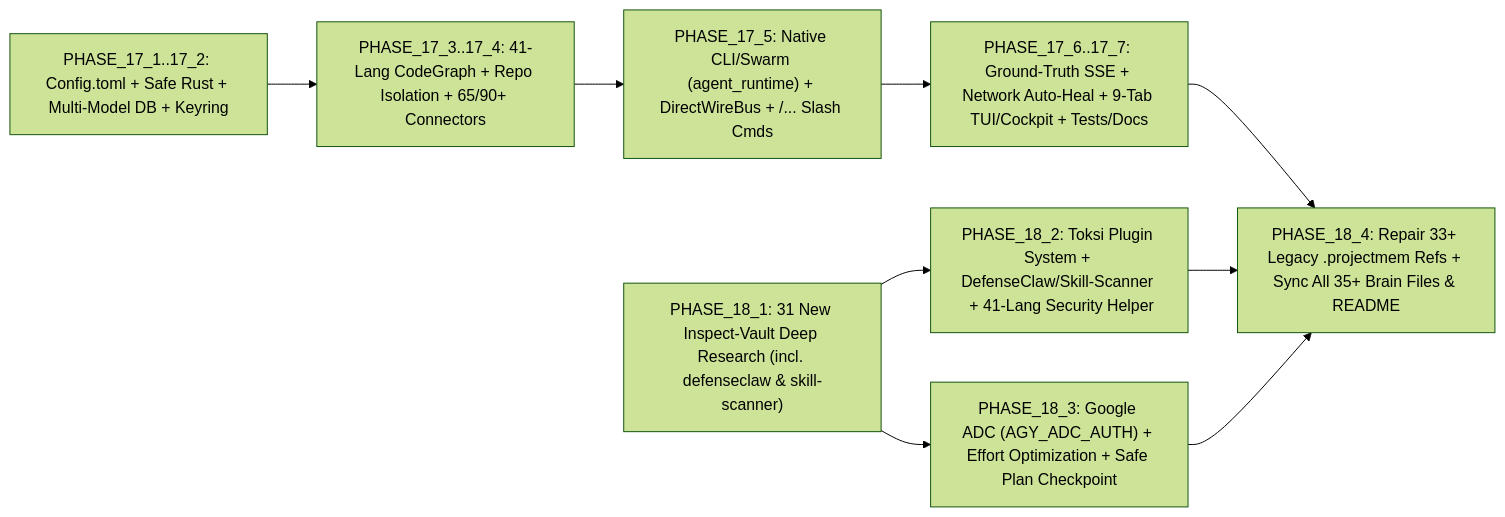
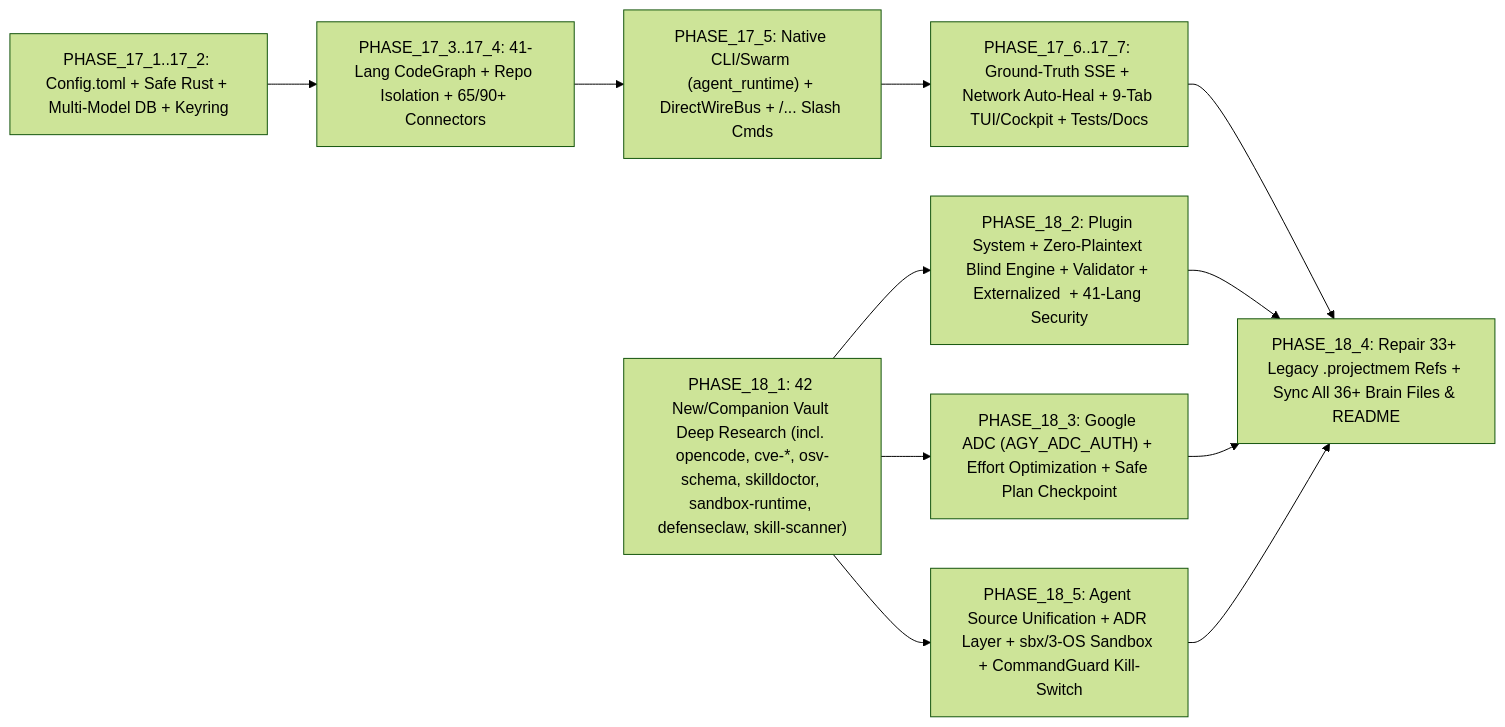
The third of 3 diagrams in crates/toksi/research/RESEARCHPLAN.md (Navegos/neo), drawn with Mermaid (forest theme) before and after one commit. The commit also changed other lines of this file and 38 other files, not shown here.

First line of the commit message:
feat: Implement Open Security Standards with Zero-Plaintext Blind Signature Engine and Native Git/PR Validator

````diff
--- a/crates/toksi/research/RESEARCHPLAN.md
+++ b/crates/toksi/research/RESEARCHPLAN.md
@@ -1282,12 +1371,14 @@
 ```mermaid
 flowchart LR
     P17_1["PHASE_17_1..17_2: Config.toml + Safe Rust + Multi-Model DB + Keyring"] --> P17_3["PHASE_17_3..17_4: 41-Lang CodeGraph + Repo Isolation + 65/90+ Connectors"]
     P17_3 --> P17_5["PHASE_17_5: Native CLI/Swarm (agent_runtime) + DirectWireBus + /... Slash Cmds"]
     P17_5 --> P17_6["PHASE_17_6..17_7: Ground-Truth SSE + Network Auto-Heal + 9-Tab TUI/Cockpit + Tests/Docs"]
 
-    W18_1["PHASE_18_1: 31 New Inspect-Vault Deep Research (incl. defenseclaw & skill-scanner)"] --> W18_2["PHASE_18_2: Toksi Plugin System + DefenseClaw/Skill-Scanner <enforce> + 41-Lang Security Helper"]
+    W18_1["PHASE_18_1: 42 New/Companion Vault Deep Research (incl. opencode, cve-*, osv-schema, skilldoctor, sandbox-runtime, defenseclaw, skill-scanner)"] --> W18_2["PHASE_18_2: Plugin System + Zero-Plaintext Blind Engine + Validator + Externalized <skills> + 41-Lang Security"]
     W18_1 --> W18_3["PHASE_18_3: Google ADC (AGY_ADC_AUTH) + Effort Optimization + Safe Plan Checkpoint"]
-    P17_6 --> W18_4["PHASE_18_4: Repair 33+ Legacy .projectmem Refs + Sync All 35+ Brain Files & README"]
+    W18_1 --> W18_5["PHASE_18_5: Agent Source Unification + ADR Layer + sbx/3-OS Sandbox + CommandGuard Kill-Switch"]
+    P17_6 --> W18_4["PHASE_18_4: Repair 33+ Legacy .projectmem Refs + Sync All 36+ Brain Files & README"]
     W18_2 --> W18_4
     W18_3 --> W18_4
+    W18_5 --> W18_4
 ```
````
